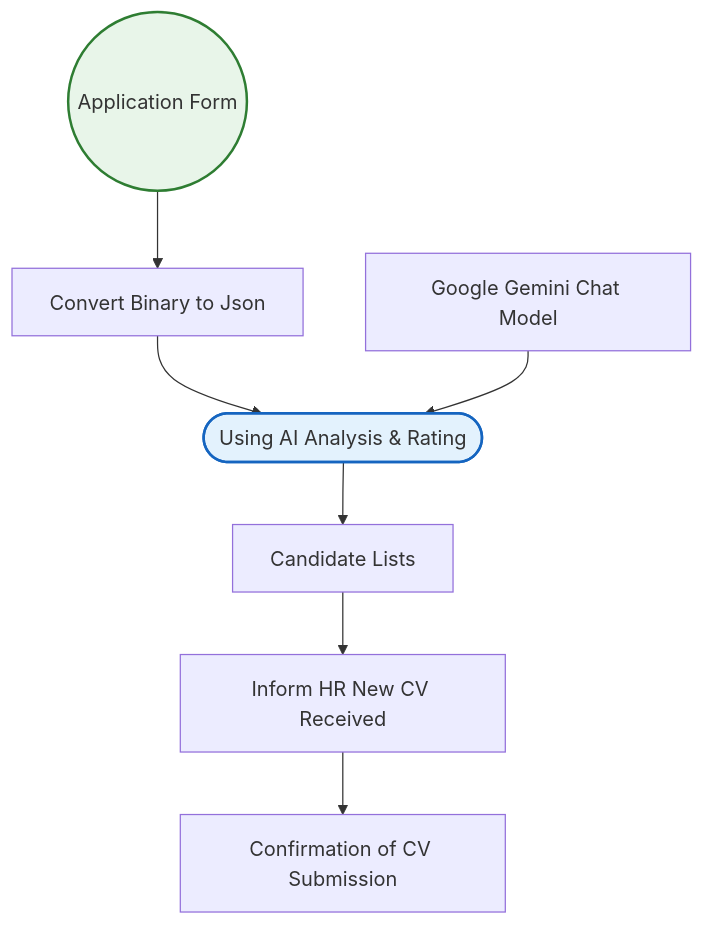
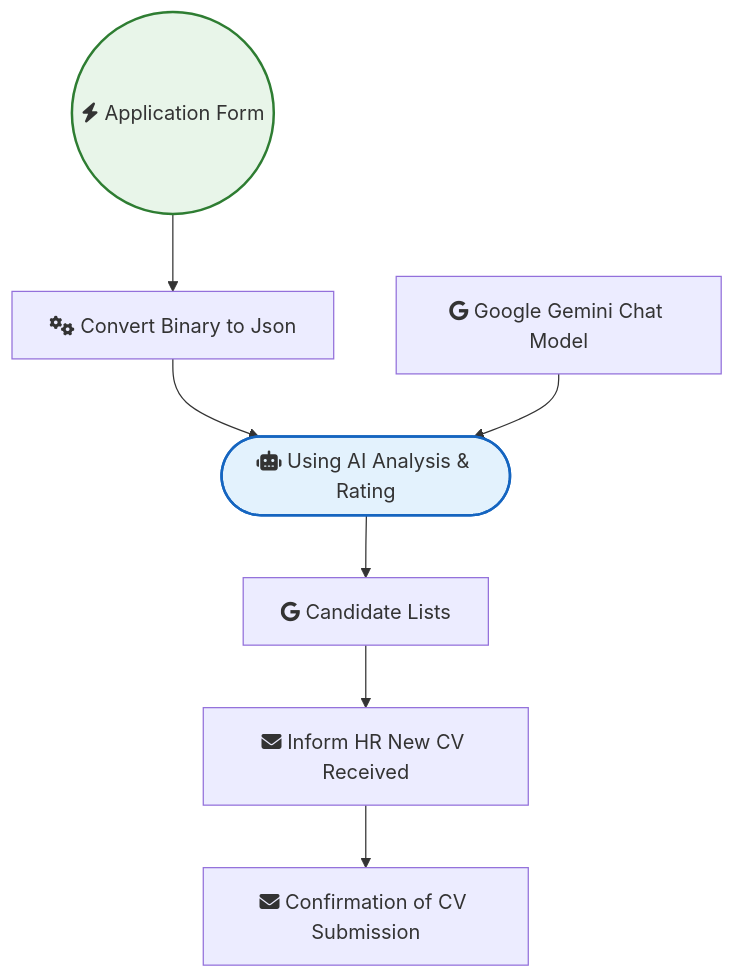
The diagram in Google_Drive_and_Google_Sheets/Ai Cv Screening Workflow.md (sreyash3105/N8N-DEMO-AUTOMATIONS), drawn with Mermaid before and after one commit. The commit also changed 291 other files, not shown here.

````diff
--- a/Google_Drive_and_Google_Sheets/Ai Cv Screening Workflow.md
+++ b/Google_Drive_and_Google_Sheets/Ai Cv Screening Workflow.md
@@ -1,21 +1,21 @@
 ```mermaid
 graph TD
     classDef trigger fill:#e8f5e9,stroke:#2e7d32,stroke-width:2px;
     classDef ai fill:#e3f2fd,stroke:#1565c0,stroke-width:2px;
     classDef logic fill:#fff3e0,stroke:#ef6c00,stroke-width:2px;
 
-    Google_Gemini_Chat_Model["Google Gemini Chat Model"]
-    Confirmation_of_CV_Submission["Confirmation of CV Submission"]
-    Inform_HR_New_CV_Received["Inform HR New CV Received"]
-    Using_AI_Analysis___Rating(["Using AI Analysis & Rating"]):::ai
-    Convert_Binary_to_Json["Convert Binary to Json"]
-    Application_Form(("Application Form")):::trigger
-    Candidate_Lists["Candidate Lists"]
+    Google_Gemini_Chat_Model["fab:fa-google Google Gemini Chat Model"]
+    Confirmation_of_CV_Submission["fas:fa-envelope Confirmation of CV Submission"]
+    Inform_HR_New_CV_Received["fas:fa-envelope Inform HR New CV Received"]
+    Using_AI_Analysis___Rating(["fas:fa-robot Using AI Analysis & Rating"]):::ai
+    Convert_Binary_to_Json["fas:fa-cogs Convert Binary to Json"]
+    Application_Form(("fas:fa-bolt Application Form")):::trigger
+    Candidate_Lists["fab:fa-google Candidate Lists"]
 
     Candidate_Lists --> Inform_HR_New_CV_Received
     Application_Form --> Convert_Binary_to_Json
     Convert_Binary_to_Json --> Using_AI_Analysis___Rating
     Google_Gemini_Chat_Model --> Using_AI_Analysis___Rating
     Inform_HR_New_CV_Received --> Confirmation_of_CV_Submission
     Using_AI_Analysis___Rating --> Candidate_Lists
 ```
````
